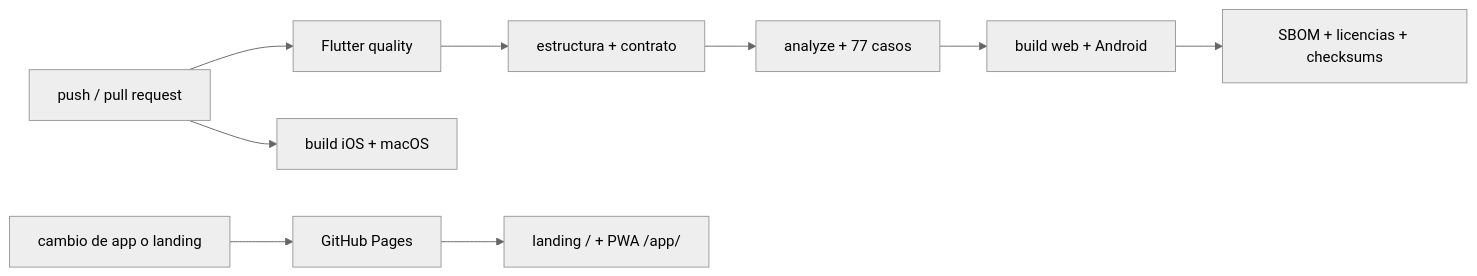
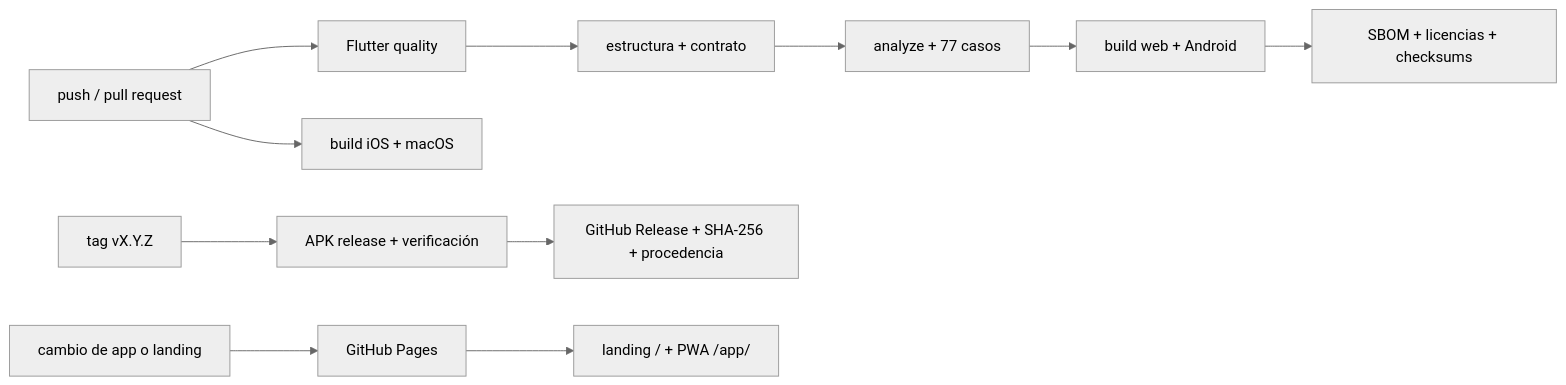
One commit to vladimiracunadev-create/rootcause-qr-inspector changed the diagram in docs/CI_GITHUB.md. Above: the diagram before and after it, drawn with Mermaid (neutral theme). The commit also changed other lines of this file and 12 other files, not shown here.

````diff
--- a/docs/CI_GITHUB.md
+++ b/docs/CI_GITHUB.md
@@ -5,11 +5,13 @@
 ```mermaid
 flowchart LR
     P["push / pull request"] --> Q["Flutter quality"]
     Q --> S["estructura + contrato"]
     S --> A["analyze + 77 casos"]
     A --> B["build web + Android"]
     B --> R["SBOM + licencias + checksums"]
+    T["tag vX.Y.Z"] --> V["APK release + verificación"]
+    V --> H["GitHub Release + SHA-256 + procedencia"]
     P --> M["build iOS + macOS"]
     L["cambio de app o landing"] --> G["GitHub Pages"]
     G --> W["landing / + PWA /app/"]
 ```
````
